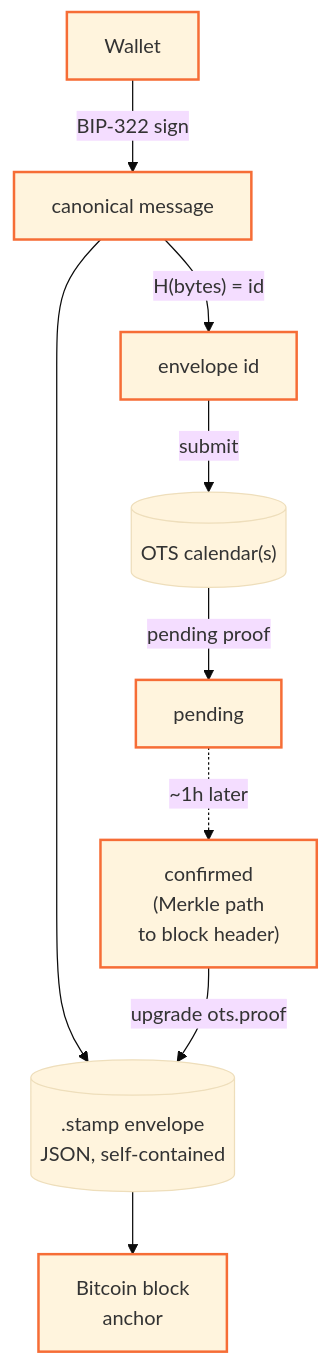
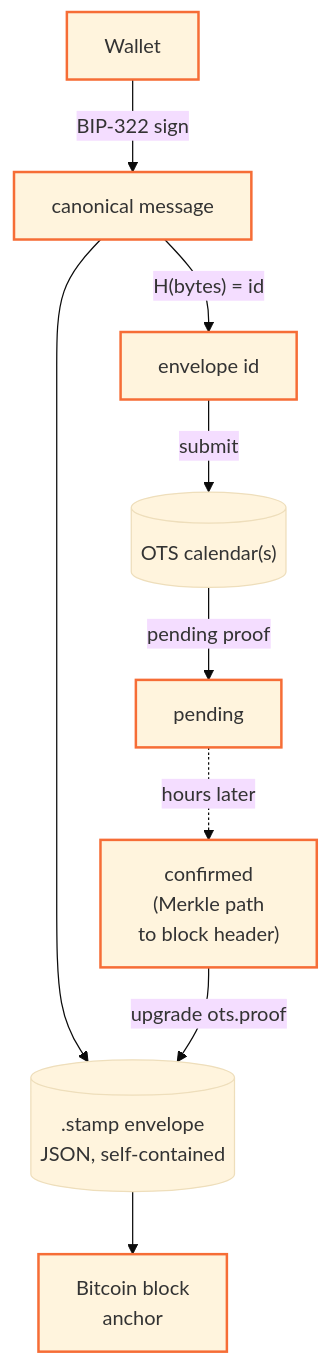
The diagram in src/pages/stamp/protocol.mdx (orangecheck/oc-docs), drawn with Mermaid (base theme) before and after one commit. The commit also changed other lines of this file and 54 other files, not shown here.

````diff
--- a/src/pages/stamp/protocol.mdx
+++ b/src/pages/stamp/protocol.mdx
@@ -19,16 +19,16 @@
 ```mermaid size=254x1033
 flowchart TB
     W["Wallet"] -->|BIP-322 sign| M["canonical message"]
     M -->|"H(bytes) = id"| ID["envelope id"]
     ID -->|submit| OTS[("OTS calendar(s)")]
     OTS -->|pending proof| P["pending"]
-    P -.~1h later.-> CONF["confirmed<br/>(Merkle path<br/>to block header)"]
+    P -.hours later.-> CONF["confirmed<br/>(Merkle path<br/>to block header)"]
     M --> ENV[(".stamp envelope<br/>JSON, self-contained")]
     CONF -->|upgrade ots.proof| ENV
     ENV --> BC["Bitcoin block<br/>anchor"]
 
     classDef base stroke:#f66d36,stroke-width:2px;
     classDef store stroke-width:1px;
     class W,M,ID,P,CONF,BC base;
     class OTS,ENV store;
 ```
````
